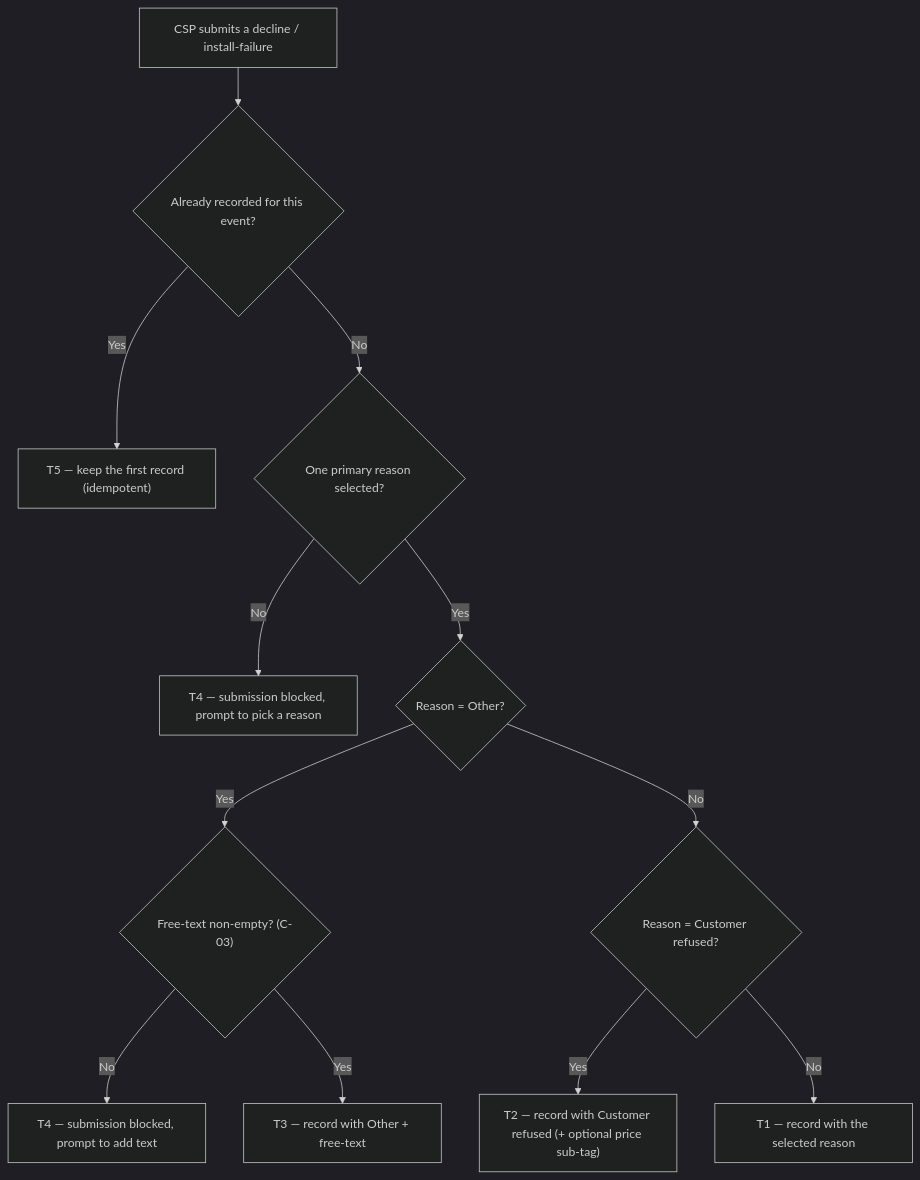
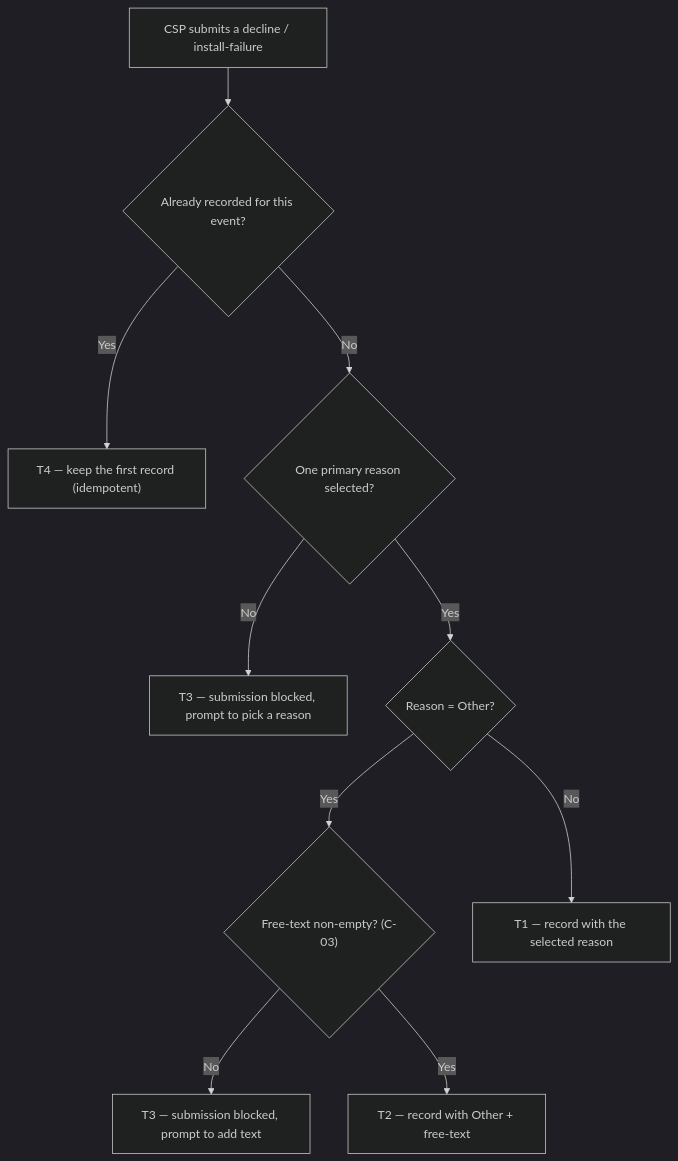
Before and after one commit to ashish-raj-wiom/decline-reason-set-prd: the diagram in Decline_Reason_Set_PRD.md, drawn with Mermaid (dark theme). The commit also changed other lines of this file and 1 other file, not shown here.

Commit message:
No clubbing: remove price + network-setup reasons, keep 'not interested' as-is; add 'No downstream impact' guardrail (G4/R2/AC-REG-1/MQ-3); v0.2; rebuild HTML

````diff
--- a/Decline_Reason_Set_PRD.md
+++ b/Decline_Reason_Set_PRD.md
@@ -68,14 +68,12 @@
 ```mermaid
 flowchart TD
     A["CSP submits a decline / install-failure"] --> Z{"Already recorded for this event?"}
-    Z -- "Yes" --> T5["T5 — keep the first record (idempotent)"]
+    Z -- "Yes" --> T4["T4 — keep the first record (idempotent)"]
     Z -- "No" --> B{"One primary reason selected?"}
-    B -- "No" --> T4["T4 — submission blocked, prompt to pick a reason"]
+    B -- "No" --> T3["T3 — submission blocked, prompt to pick a reason"]
     B -- "Yes" --> C{"Reason = Other?"}
     C -- "Yes" --> D{"Free-text non-empty? (C-03)"}
-    D -- "No" --> T4b["T4 — submission blocked, prompt to add text"]
-    D -- "Yes" --> T3["T3 — record with Other + free-text"]
-    C -- "No" --> E{"Reason = Customer refused?"}
-    E -- "Yes" --> T2["T2 — record with Customer refused (+ optional price sub-tag)"]
-    E -- "No" --> T1["T1 — record with the selected reason"]
+    D -- "No" --> T3b["T3 — submission blocked, prompt to add text"]
+    D -- "Yes" --> T2["T2 — record with Other + free-text"]
+    C -- "No" --> T1["T1 — record with the selected reason"]
 ```
````
